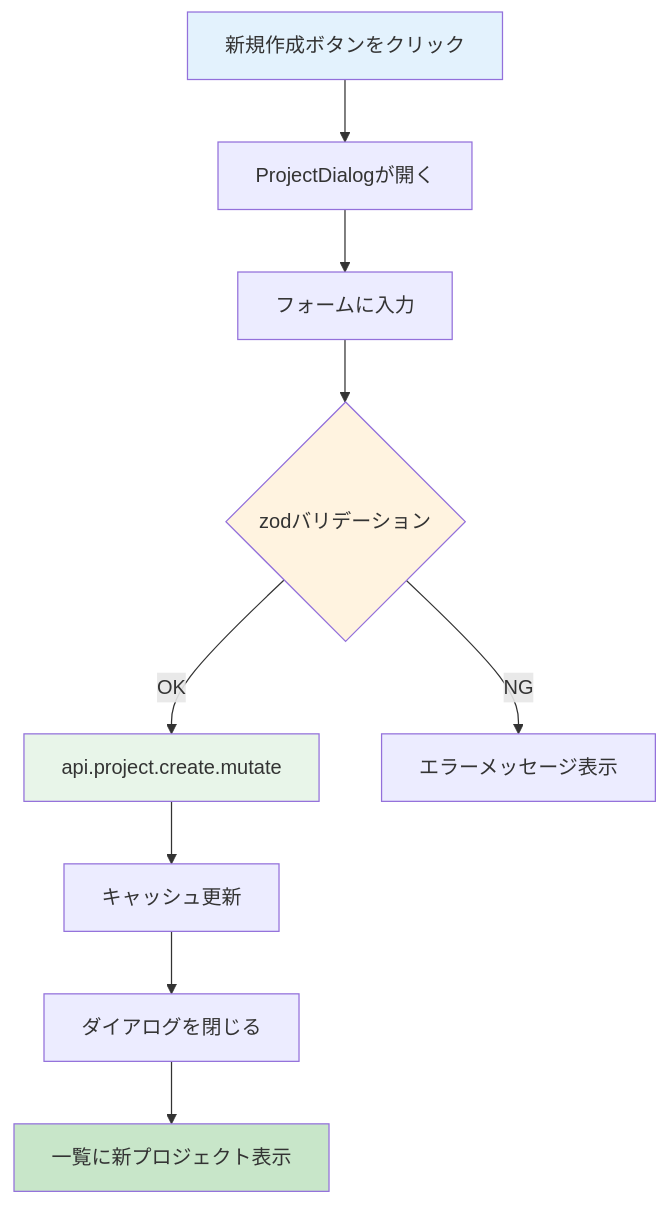
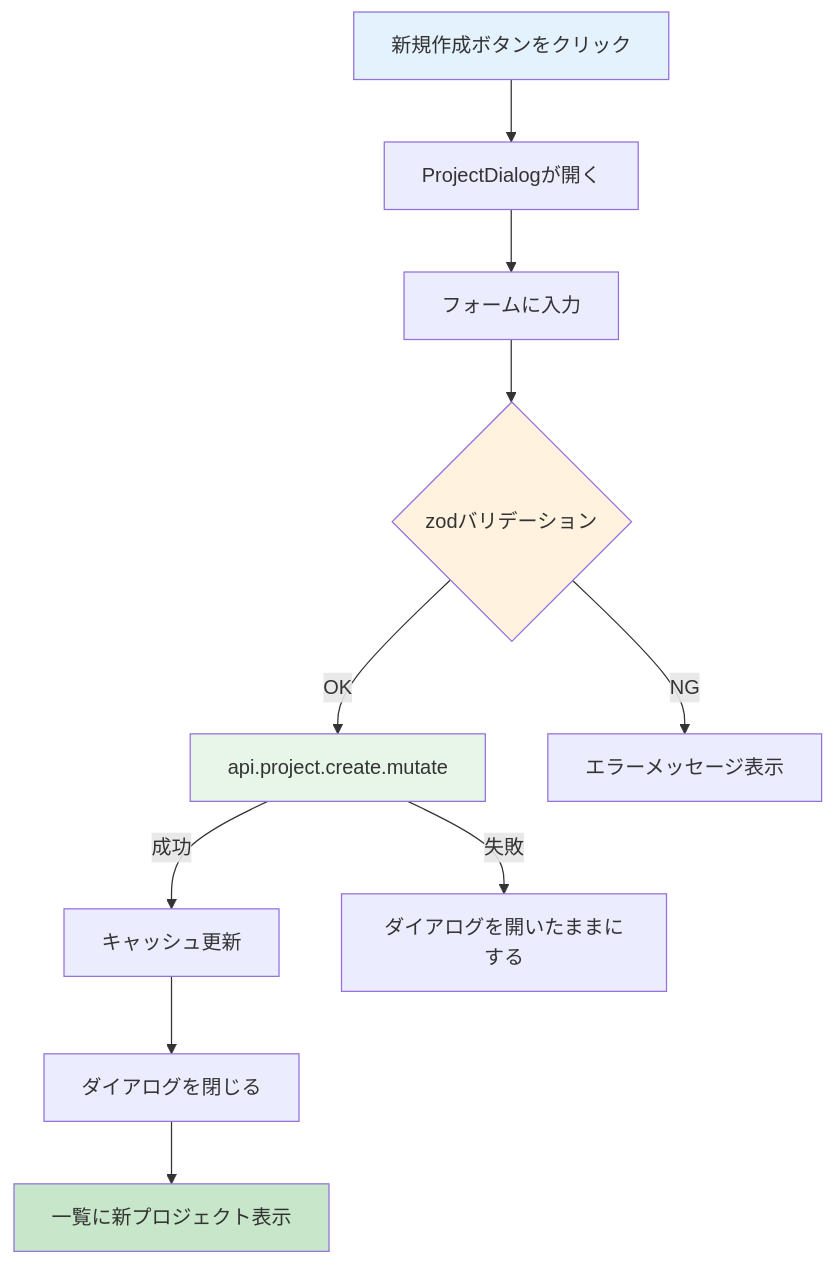
One commit to kouiso/task-app changed the first of 2 diagrams in material/30days-curriculum/day10_プロジェクト新規作成.md. Above: the diagram before and after it, drawn with Mermaid. The commit also changed other lines of this file and 250 other files, not shown here.

````diff
--- a/material/30days-curriculum/day10_プロジェクト新規作成.md
+++ b/material/30days-curriculum/day10_プロジェクト新規作成.md
@@ -27,16 +27,17 @@
 ```mermaid
 flowchart TD
     A[新規作成ボタンをクリック] --> B[ProjectDialogが開く]
     B --> C[フォームに入力]
     C --> D{zodバリデーション}
     D -->|OK| E[api.project.create.mutate]
     D -->|NG| F[エラーメッセージ表示]
-    E --> G[キャッシュ更新]
+    E -->|成功| G[キャッシュ更新]
+    E -->|失敗| J[ダイアログを開いたままにする]
     G --> H[ダイアログを閉じる]
     H --> I[一覧に新プロジェクト表示]
 
     style A fill:#e3f2fd
     style D fill:#fff3e0
     style E fill:#e8f5e9
     style I fill:#c8e6c9
 ```
````
